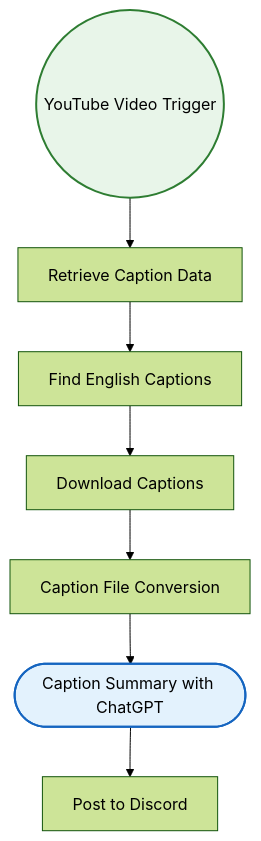
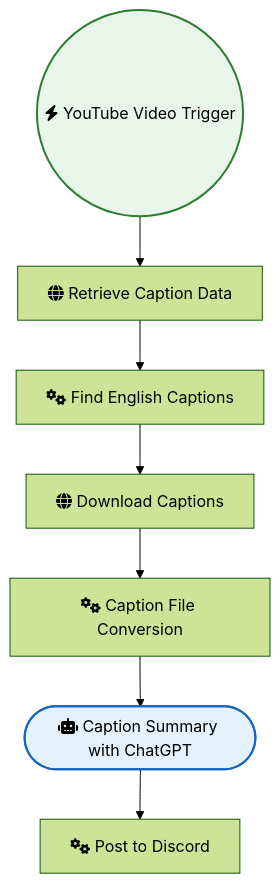
One commit to sreyash3105/N8N-DEMO-AUTOMATIONS changed the diagram in Discord/Youtube Videos with Ai Summaries on Discord.md. Above: the diagram before and after it, drawn with Mermaid (forest theme). The commit also changed 291 other files, not shown here.

````diff
--- a/Discord/Youtube Videos with Ai Summaries on Discord.md
+++ b/Discord/Youtube Videos with Ai Summaries on Discord.md
@@ -1,21 +1,21 @@
 ```mermaid
 graph TD
     classDef trigger fill:#e8f5e9,stroke:#2e7d32,stroke-width:2px;
     classDef ai fill:#e3f2fd,stroke:#1565c0,stroke-width:2px;
     classDef logic fill:#fff3e0,stroke:#ef6c00,stroke-width:2px;
 
-    YouTube_Video_Trigger(("YouTube Video Trigger")):::trigger
-    Retrieve_Caption_Data["Retrieve Caption Data"]
-    Download_Captions["Download Captions"]
-    Caption_File_Conversion["Caption File Conversion"]
-    Caption_Summary_with_ChatGPT(["Caption Summary with ChatGPT"]):::ai
-    Post_to_Discord["Post to Discord"]
-    Find_English_Captions["Find English Captions"]
+    YouTube_Video_Trigger(("fas:fa-bolt YouTube Video Trigger")):::trigger
+    Retrieve_Caption_Data["fas:fa-globe Retrieve Caption Data"]
+    Download_Captions["fas:fa-globe Download Captions"]
+    Caption_File_Conversion["fas:fa-cogs Caption File Conversion"]
+    Caption_Summary_with_ChatGPT(["fas:fa-robot Caption Summary with ChatGPT"]):::ai
+    Post_to_Discord["fas:fa-cogs Post to Discord"]
+    Find_English_Captions["fas:fa-cogs Find English Captions"]
 
     Download_Captions --> Caption_File_Conversion
     Find_English_Captions --> Download_Captions
     Retrieve_Caption_Data --> Find_English_Captions
     YouTube_Video_Trigger --> Retrieve_Caption_Data
     Caption_File_Conversion --> Caption_Summary_with_ChatGPT
     Caption_Summary_with_ChatGPT --> Post_to_Discord
 ```
````
